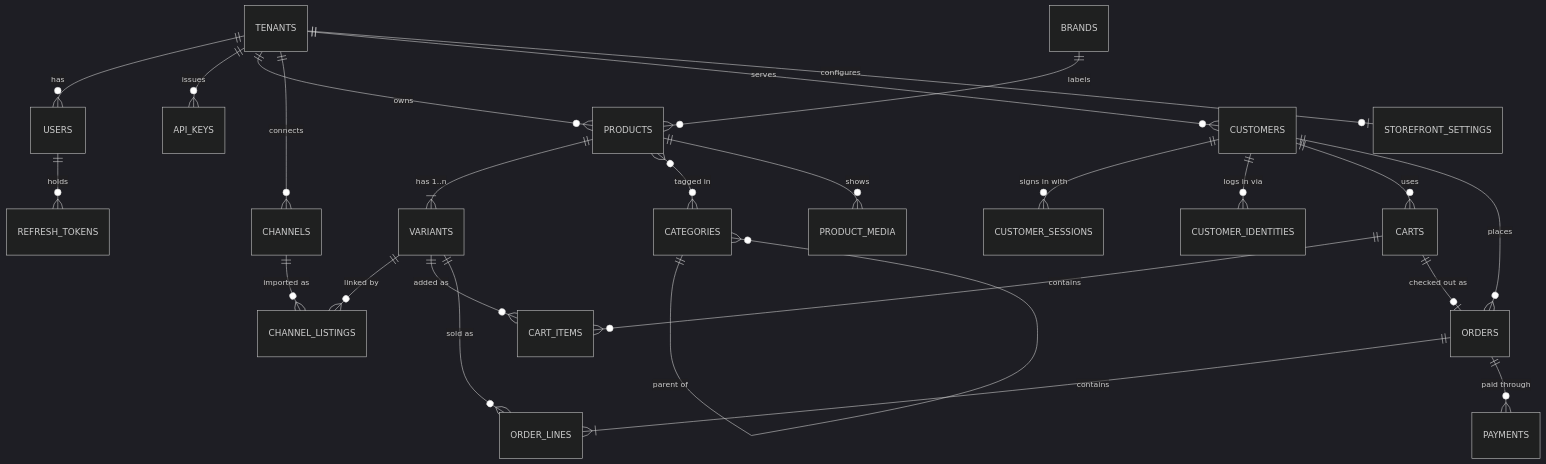
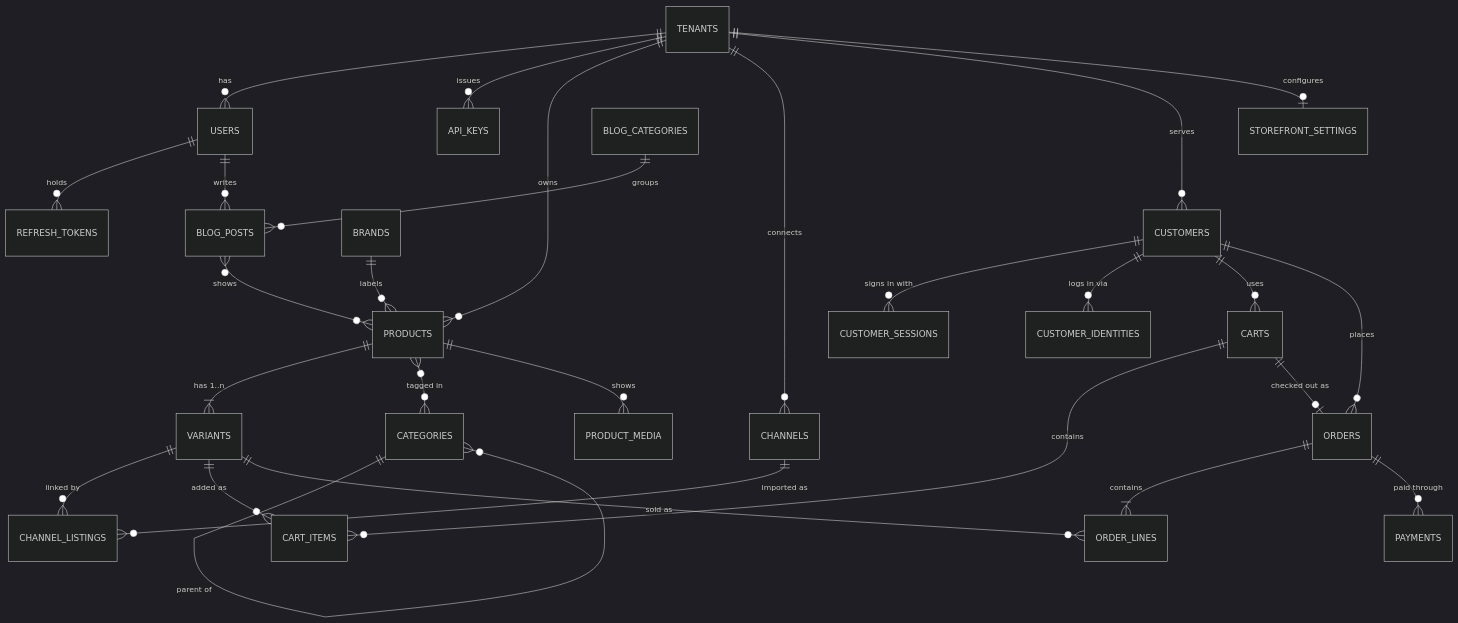
Before and after one commit to miqbalhamdani/new-commerce-web: the diagram in contracts/03-erd.md, drawn with Mermaid (dark theme). The commit also changed other lines of this file and 9 other files, not shown here.

````diff
--- a/contracts/03-erd.md
+++ b/contracts/03-erd.md
@@ -12,27 +12,30 @@
 ```mermaid
 erDiagram
   TENANTS ||--o{ USERS : has
   TENANTS ||--o{ API_KEYS : issues
   TENANTS ||--o{ PRODUCTS : owns
   TENANTS ||--o{ CHANNELS : connects
   TENANTS ||--o{ CUSTOMERS : serves
   USERS ||--o{ REFRESH_TOKENS : holds
   BRANDS ||--o{ PRODUCTS : labels
   PRODUCTS ||--|{ VARIANTS : "has 1..n"
   PRODUCTS }o--o{ CATEGORIES : "tagged in"
   CATEGORIES ||--o{ CATEGORIES : "parent of"
   PRODUCTS ||--o{ PRODUCT_MEDIA : shows
   CHANNELS ||--o{ CHANNEL_LISTINGS : "imported as"
   VARIANTS ||--o{ CHANNEL_LISTINGS : "linked by"
   VARIANTS ||--o{ CART_ITEMS : "added as"
   VARIANTS ||--o{ ORDER_LINES : "sold as"
   CUSTOMERS ||--o{ CUSTOMER_SESSIONS : "signs in with"
   CUSTOMERS ||--o{ CUSTOMER_IDENTITIES : "logs in via"
   CUSTOMERS ||--o{ CARTS : uses
   CUSTOMERS ||--o{ ORDERS : places
   CARTS ||--o{ CART_ITEMS : contains
   CARTS ||--o| ORDERS : "checked out as"
   ORDERS ||--|{ ORDER_LINES : contains
   ORDERS ||--o{ PAYMENTS : "paid through"
   TENANTS ||--o| STOREFRONT_SETTINGS : configures
+  BLOG_CATEGORIES ||--o{ BLOG_POSTS : groups
+  USERS ||--o{ BLOG_POSTS : writes
+  BLOG_POSTS }o--o{ PRODUCTS : "shows"
 ```
````
